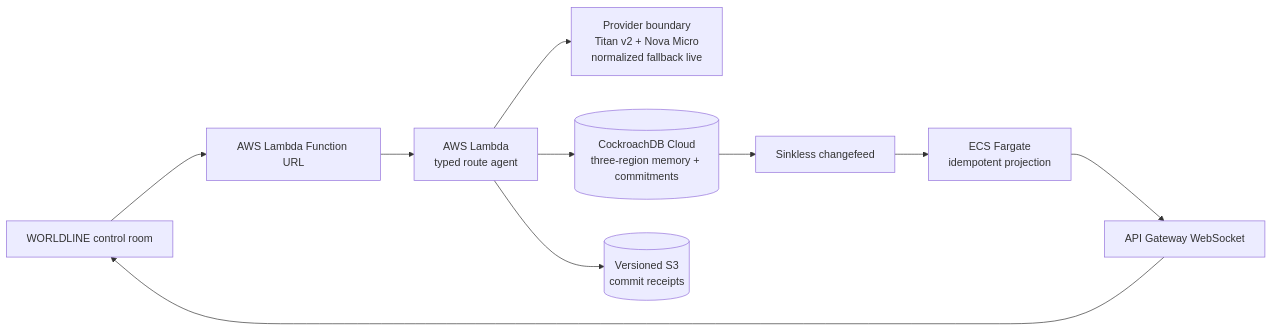
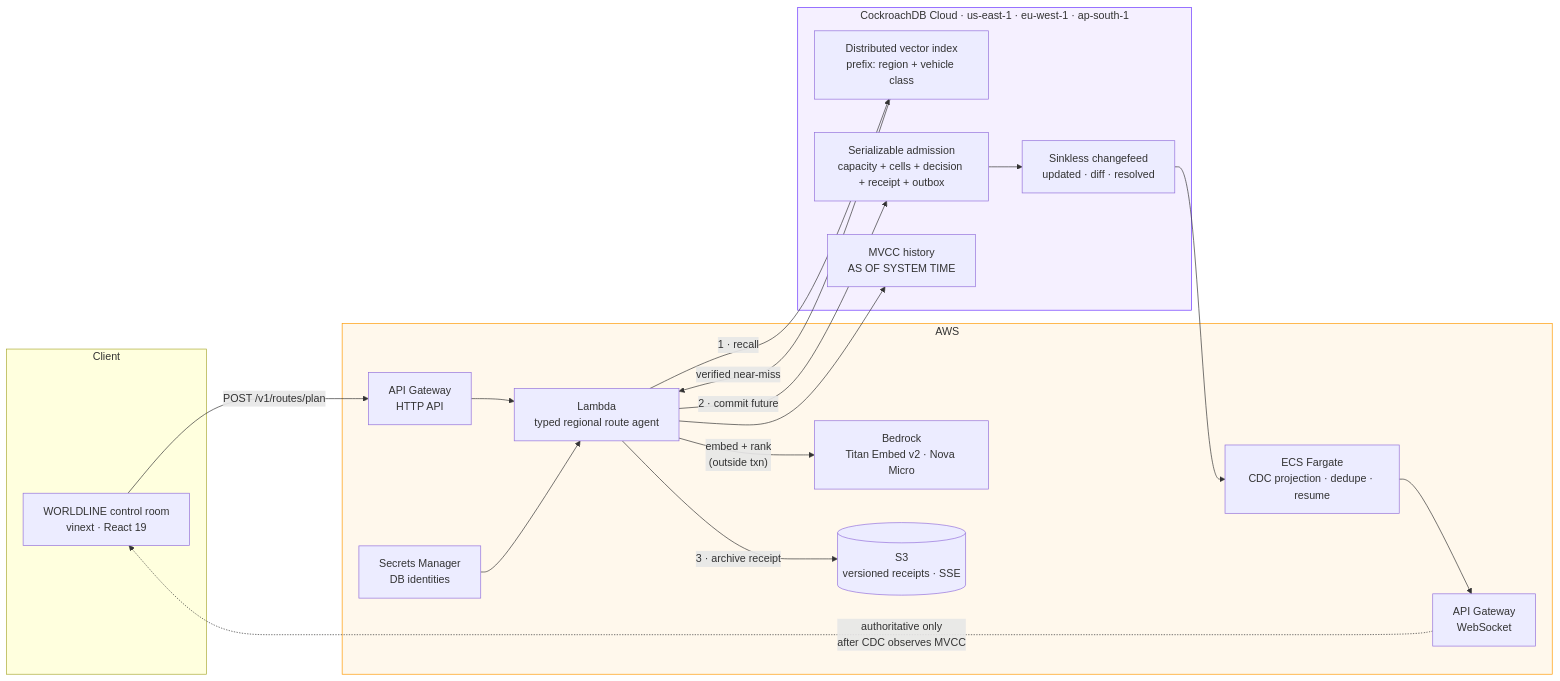
The diagram in README.md (AdarshSingh-ASR/WorldLine), drawn with Mermaid before and after one commit. The commit also changed other lines of this file, not shown here.

````diff
--- a/README.md
+++ b/README.md
@@ -48,12 +73,36 @@
 ```mermaid
 flowchart LR
-    UI["WORLDLINE control room"] --> API["AWS Lambda Function URL"]
-    API --> AGENT["AWS Lambda<br/>typed route agent"]
-    AGENT --> PROVIDER["Provider boundary<br/>Titan v2 + Nova Micro<br/>normalized fallback live"]
-    AGENT --> CRDB[("CockroachDB Cloud<br/>three-region memory + commitments")]
-    AGENT --> S3[("Versioned S3<br/>commit receipts")]
-    CRDB --> CDC["Sinkless changefeed"]
-    CDC --> ECS["ECS Fargate<br/>idempotent projection"]
-    ECS --> WS["API Gateway WebSocket"]
-    WS --> UI
+    subgraph client["Client"]
+        UI["WORLDLINE control room<br/>vinext · React 19"]
+    end
+
+    subgraph aws["AWS"]
+        HTTP["API Gateway<br/>HTTP API"]
+        LAMBDA["Lambda<br/>typed regional route agent"]
+        BEDROCK["Bedrock<br/>Titan Embed v2 · Nova Micro"]
+        S3[("S3<br/>versioned receipts · SSE")]
+        ECS["ECS Fargate<br/>CDC projection · dedupe · resume"]
+        WS["API Gateway<br/>WebSocket"]
+        SM["Secrets Manager<br/>DB identities"]
+    end
+
+    subgraph crdb["CockroachDB Cloud · us-east-1 · eu-west-1 · ap-south-1"]
+        VECTOR["Distributed vector index<br/>prefix: region + vehicle class"]
+        TXN["Serializable admission<br/>capacity + cells + decision + receipt + outbox"]
+        MVCC["MVCC history<br/>AS OF SYSTEM TIME"]
+        CDC["Sinkless changefeed<br/>updated · diff · resolved"]
+    end
+
+    UI -->|"POST /v1/routes/plan"| HTTP --> LAMBDA
+    LAMBDA -->|"embed + rank<br/>(outside txn)"| BEDROCK
+    LAMBDA -->|"1 · recall"| VECTOR
+    VECTOR -->|"verified near-miss"| LAMBDA
+    LAMBDA -->|"2 · commit future"| TXN
+    LAMBDA -->|"3 · archive receipt"| S3
+    LAMBDA --> MVCC
+    SM --> LAMBDA
+    TXN --> CDC --> ECS --> WS -.->|"authoritative only<br/>after CDC observes MVCC"| UI
+
+    style crdb fill:#f5f0ff,stroke:#6933ff
+    style aws fill:#fff8ec,stroke:#ff9900
 ```
````
